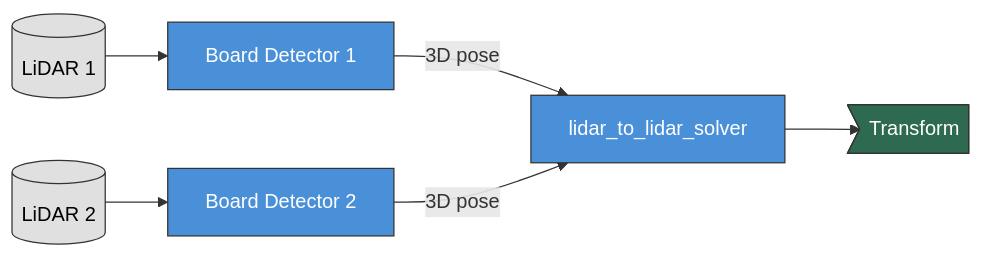
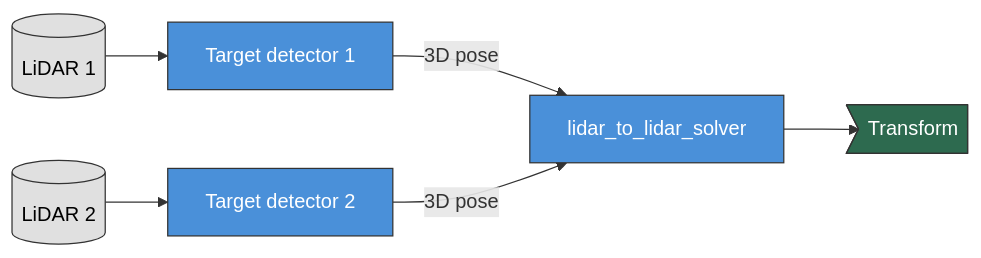
The diagram in book/src/user-guide/multi-lidar.md (NEWSLabNTU/LCTK), drawn with Mermaid before and after one commit. The commit also changed other lines of this file and 9 other files, not shown here.

````diff
--- a/book/src/user-guide/multi-lidar.md
+++ b/book/src/user-guide/multi-lidar.md
@@ -15,16 +8,16 @@
 ```mermaid
 graph LR
-    A[(LiDAR 1)] --> C[Board Detector 1]
-    B[(LiDAR 2)] --> D[Board Detector 2]
+    A[(LiDAR 1)] --> C[Target detector 1]
+    B[(LiDAR 2)] --> D[Target detector 2]
     C -->|3D pose| E[lidar_to_lidar_solver]
     D -->|3D pose| E
     E --> F>Transform]
 
     classDef sensor fill:#e0e0e0,stroke:#333,color:#000
     classDef node fill:#4a90d9,stroke:#333,color:#fff
     classDef output fill:#2d6a4f,stroke:#333,color:#fff
 
     class A,B sensor
     class C,D,E node
     class F output
 ```
````
